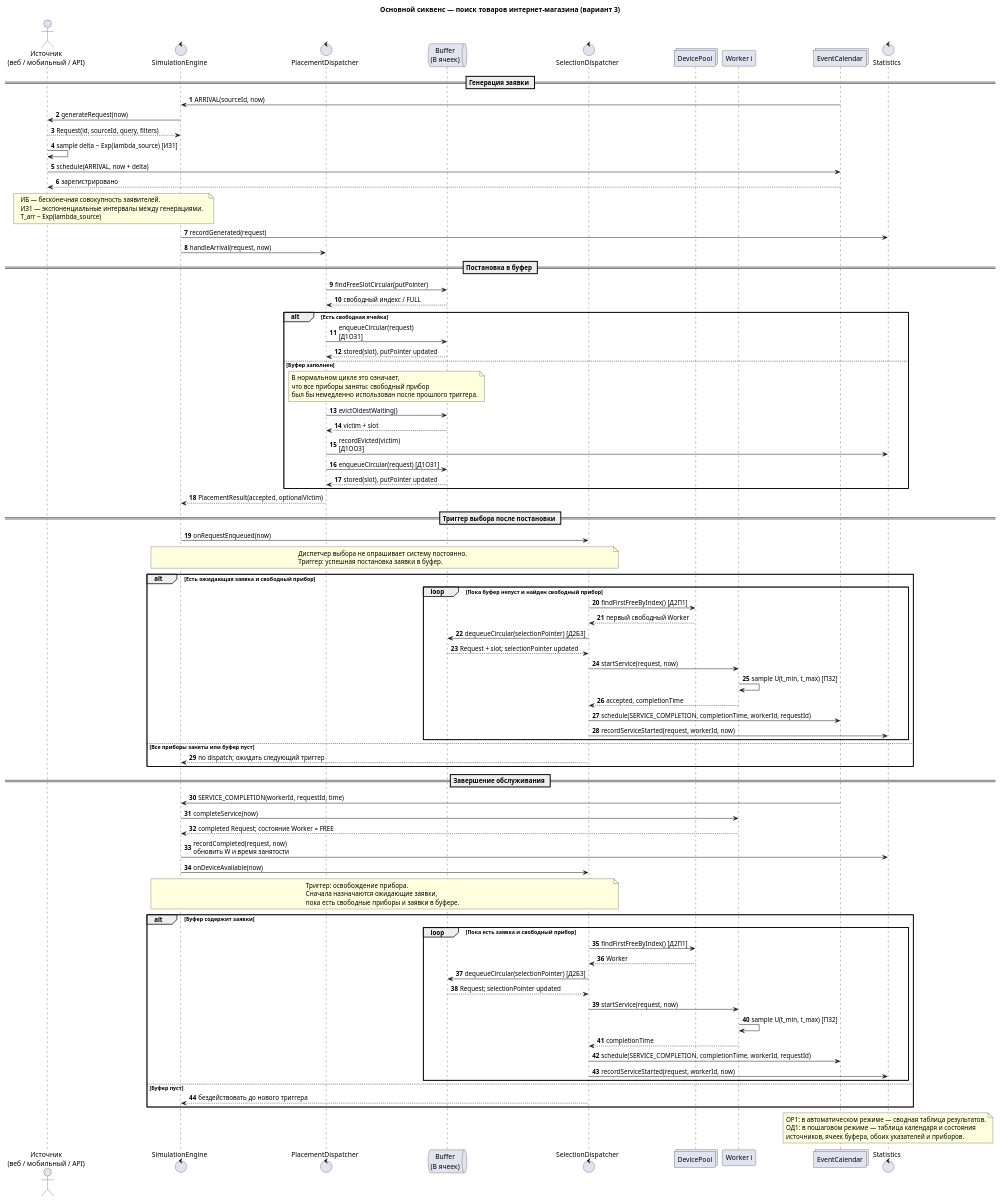
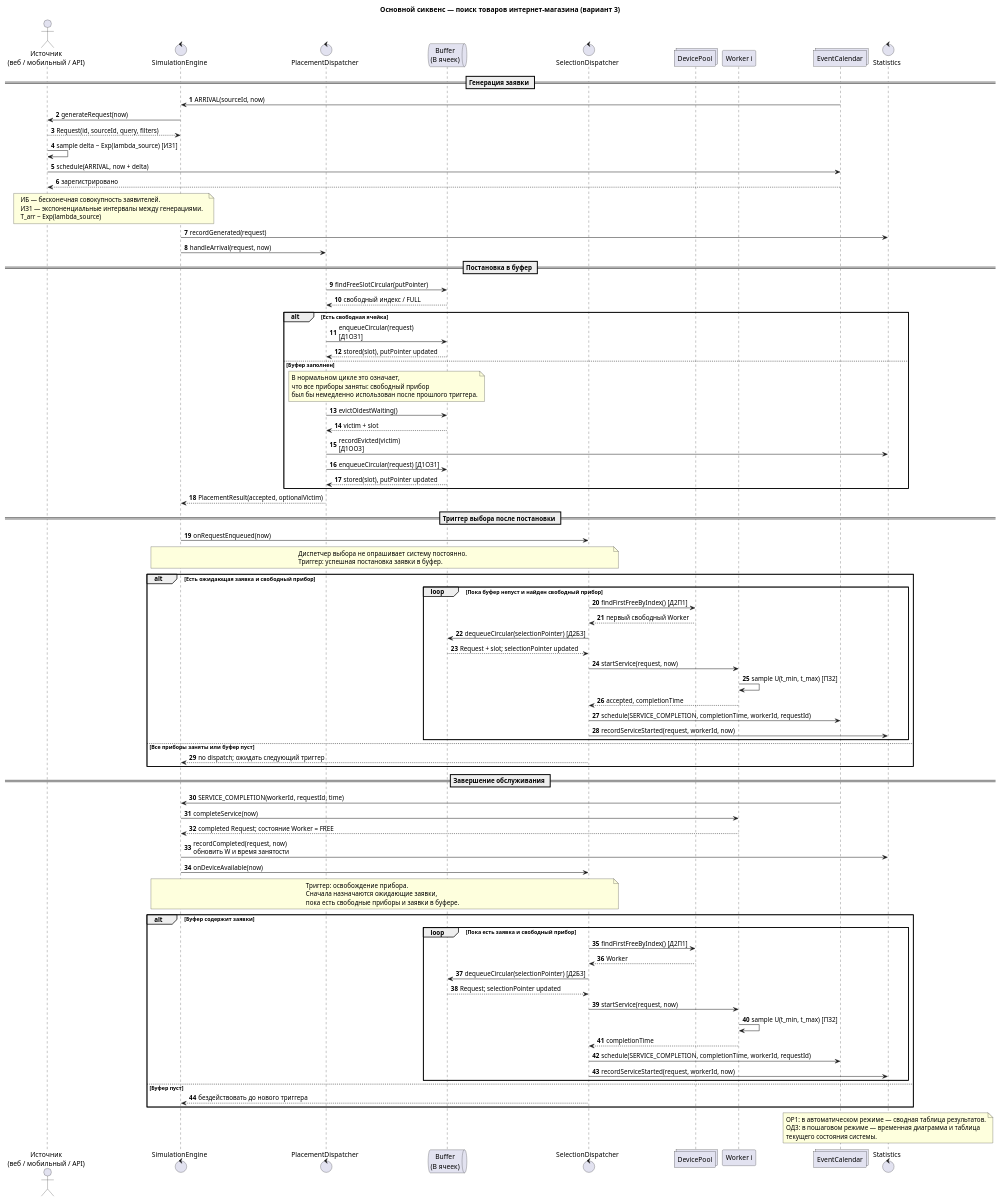
One commit to Elektrek/smo-internet-shop-variant-3 changed the diagram in docs/diagrams/sequence/main-flow.puml. Above: the diagram before and after it, drawn with PlantUML.

Commit message:
Update notes in main-flow.puml for clarity

```diff
--- a/docs/diagrams/sequence/main-flow.puml
+++ b/docs/diagrams/sequence/main-flow.puml
@@ -1,103 +1,103 @@
 @startuml
  title Основной сиквенс — поиск товаров интернет-магазина (вариант 3)
  autonumber
  actor "Источник\n(веб / мобильный / API)" as Source
  control "SimulationEngine" as Engine
  control "PlacementDispatcher" as Put
  queue "Buffer\n(B ячеек)" as Buffer
  control "SelectionDispatcher" as Select
  collections "DevicePool" as Pool
  participant "Worker i" as Worker
  collections "EventCalendar" as Calendar
  control "Statistics" as Stats
 
  == Генерация заявки ==
  Calendar -> Engine: ARRIVAL(sourceId, now)
  Engine -> Source: generateRequest(now)
  Source --> Engine: Request(id, sourceId, query, filters)
  Source -> Source: sample delta ~ Exp(lambda_source) [ИЗ1]
  Source -> Calendar: schedule(ARRIVAL, now + delta)
  Calendar --> Source: зарегистрировано
  note over Source,Engine
  ИБ — бесконечная совокупность заявителей.
  ИЗ1 — экспоненциальные интервалы между генерациями.
  T_arr ~ Exp(lambda_source)
  end note
  Engine -> Stats: recordGenerated(request)
  Engine -> Put: handleArrival(request, now)
 
  == Постановка в буфер ==
  Put -> Buffer: findFreeSlotCircular(putPointer)
  Buffer --> Put: свободный индекс / FULL
  alt Есть свободная ячейка
    Put -> Buffer: enqueueCircular(request)\n[Д1ОЗ1]
    Buffer --> Put: stored(slot), putPointer updated
  else Буфер заполнен
    note over Put,Buffer
    В нормальном цикле это означает,
    что все приборы заняты: свободный прибор
    был бы немедленно использован после прошлого триггера.
    end note
    Put -> Buffer: evictOldestWaiting()
    Buffer --> Put: victim + slot
    Put -> Stats: recordEvicted(victim)\n[Д1ОО3]
    Put -> Buffer: enqueueCircular(request) [Д1ОЗ1]
    Buffer --> Put: stored(slot), putPointer updated
  end
  Put --> Engine: PlacementResult(accepted, optionalVictim)
 
  == Триггер выбора после постановки ==
  Engine -> Select: onRequestEnqueued(now)
  note over Engine,Select
  Диспетчер выбора не опрашивает систему постоянно.
  Триггер: успешная постановка заявки в буфер.
  end note
  alt Есть ожидающая заявка и свободный прибор
    loop Пока буфер непуст и найден свободный прибор
      Select -> Pool: findFirstFreeByIndex() [Д2П1]
      Pool --> Select: первый свободный Worker
      Select -> Buffer: dequeueCircular(selectionPointer) [Д2Б3]
      Buffer --> Select: Request + slot; selectionPointer updated
      Select -> Worker: startService(request, now)
      Worker -> Worker: sample U(t_min, t_max) [ПЗ2]
      Worker --> Select: accepted, completionTime
      Select -> Calendar: schedule(SERVICE_COMPLETION, completionTime, workerId, requestId)
      Select -> Stats: recordServiceStarted(request, workerId, now)
    end
  else Все приборы заняты или буфер пуст
    Select --> Engine: no dispatch; ожидать следующий триггер
  end
 
  == Завершение обслуживания ==
  Calendar -> Engine: SERVICE_COMPLETION(workerId, requestId, time)
  Engine -> Worker: completeService(now)
  Worker --> Engine: completed Request; состояние Worker = FREE
  Engine -> Stats: recordCompleted(request, now)\nобновить W и время занятости
  Engine -> Select: onDeviceAvailable(now)
  note over Engine,Select
  Триггер: освобождение прибора.
  Сначала назначаются ожидающие заявки,
  пока есть свободные приборы и заявки в буфере.
  end note
  alt Буфер содержит заявки
    loop Пока есть заявка и свободный прибор
      Select -> Pool: findFirstFreeByIndex() [Д2П1]
      Pool --> Select: Worker
      Select -> Buffer: dequeueCircular(selectionPointer) [Д2Б3]
      Buffer --> Select: Request; selectionPointer updated
      Select -> Worker: startService(request, now)
      Worker -> Worker: sample U(t_min, t_max) [ПЗ2]
      Worker --> Select: completionTime
      Select -> Calendar: schedule(SERVICE_COMPLETION, completionTime, workerId, requestId)
      Select -> Stats: recordServiceStarted(request, workerId, now)
    end
  else Буфер пуст
    Select --> Engine: бездействовать до нового триггера
  end
 
  note over Stats
  ОР1: в автоматическом режиме — сводная таблица результатов.
- ОД1: в пошаговом режиме — таблица календаря и состояния
- источников, ячеек буфера, обоих указателей и приборов.
+ ОД3: в пошаговом режиме — временная диаграмма и таблица
+ текущего состояния системы.
  end note
 @enduml
```
